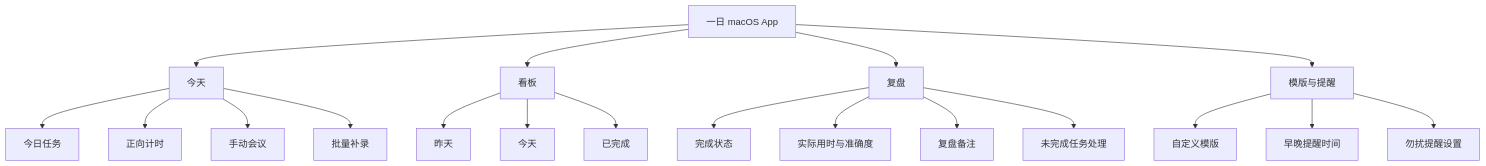
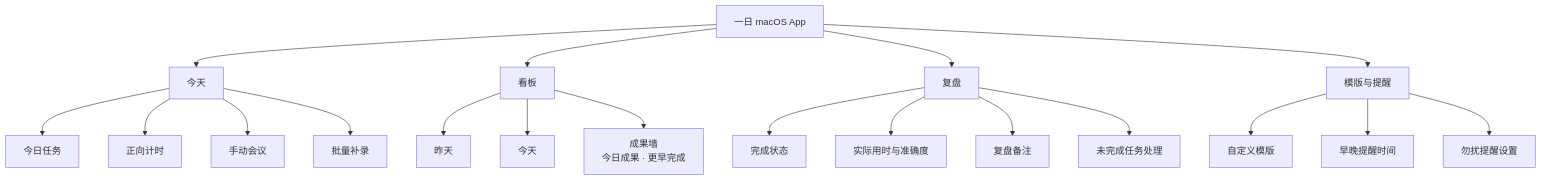
The second of 6 diagrams in PRODUCT_SPEC.md (caoaolei/One-Day), drawn with Mermaid before and after one commit. The commit also changed other lines of this file and 8 other files, not shown here.

````diff
--- a/PRODUCT_SPEC.md
+++ b/PRODUCT_SPEC.md
@@ -85,25 +85,25 @@
 ```mermaid
 flowchart TB
     App["一日 macOS App"] --> Today["今天"]
     App --> Board["看板"]
     App --> Review["复盘"]
     App --> Templates["模版与提醒"]
 
     Today --> T1["今日任务"]
     Today --> T2["正向计时"]
     Today --> T3["手动会议"]
     Today --> T4["批量补录"]
 
     Board --> B1["昨天"]
     Board --> B2["今天"]
-    Board --> B3["已完成"]
+    Board --> B3["成果墙<br/>今日成果 · 更早完成"]
 
     Review --> R1["完成状态"]
     Review --> R2["实际用时与准确度"]
     Review --> R3["复盘备注"]
     Review --> R4["未完成任务处理"]
 
     Templates --> M1["自定义模版"]
     Templates --> M2["早晚提醒时间"]
     Templates --> M3["勿扰提醒设置"]
 ```
````
